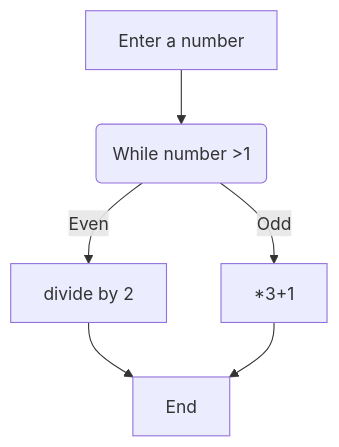
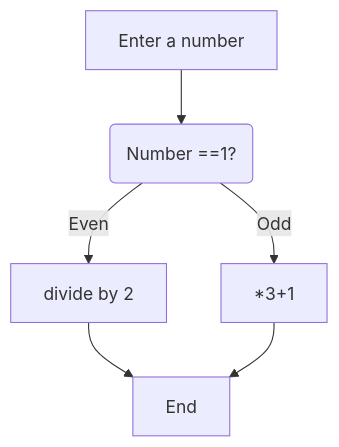
Before and after one commit to PeeBs68/mywork: the second of 2 diagrams in README.md, drawn with Mermaid.

Commit message:
Playing with mermaid for readme

````diff
--- a/README.md
+++ b/README.md
@@ -27,8 +27,8 @@
 ```mermaid
 graph TD;
-    A[Enter a number] -->B(While number >1);
+    A[Enter a number] -->B(Number ==1?);
     B -- Even -->C[divide by 2];
     B -- Odd -->D[*3+1];
     C-->E[End];
     D-->E[End];
 ```
````
